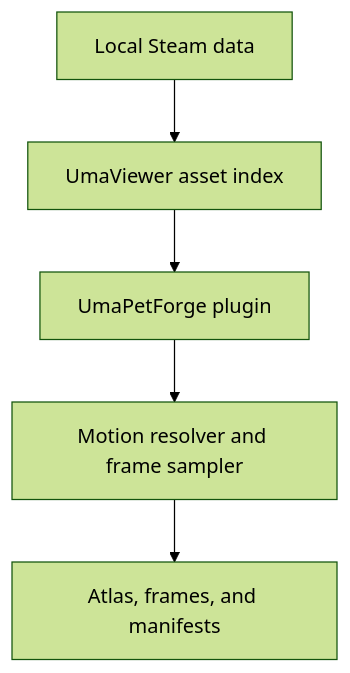
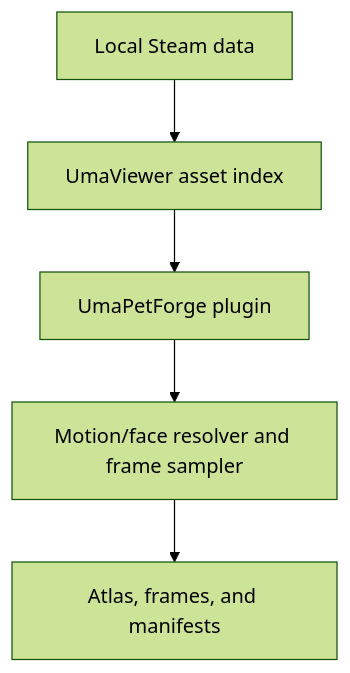
Before and after one commit to pqqqqqdev/UmaCodexPet: the diagram in README.md, drawn with Mermaid (forest theme). The commit also changed other lines of this file and 10 other files, not shown here.

Commit message:
Add live motion and face customization

````diff
--- a/README.md
+++ b/README.md
@@ -268,7 +339,7 @@
 ```mermaid
 flowchart TD
     A["Local Steam data"] --> B["UmaViewer asset index"]
     B --> C["UmaPetForge plugin"]
-    C --> D["Motion resolver and frame sampler"]
+    C --> D["Motion/face resolver and frame sampler"]
     D --> E["Atlas, frames, and manifests"]
 ```
````
